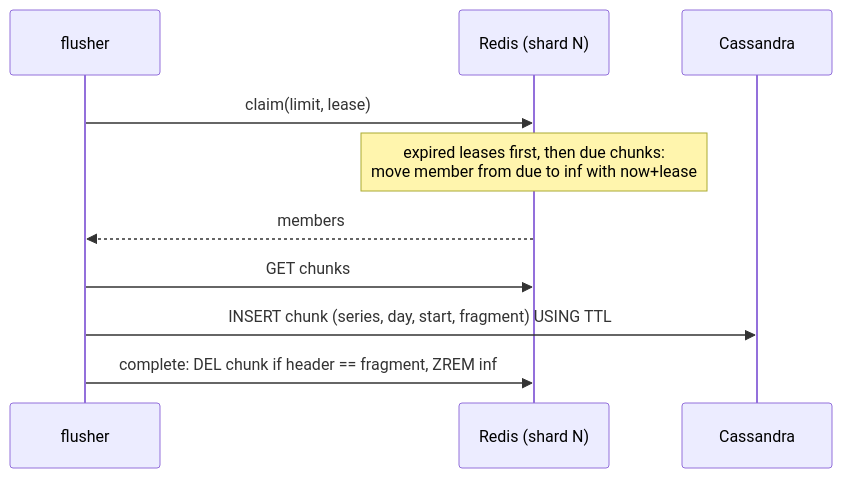
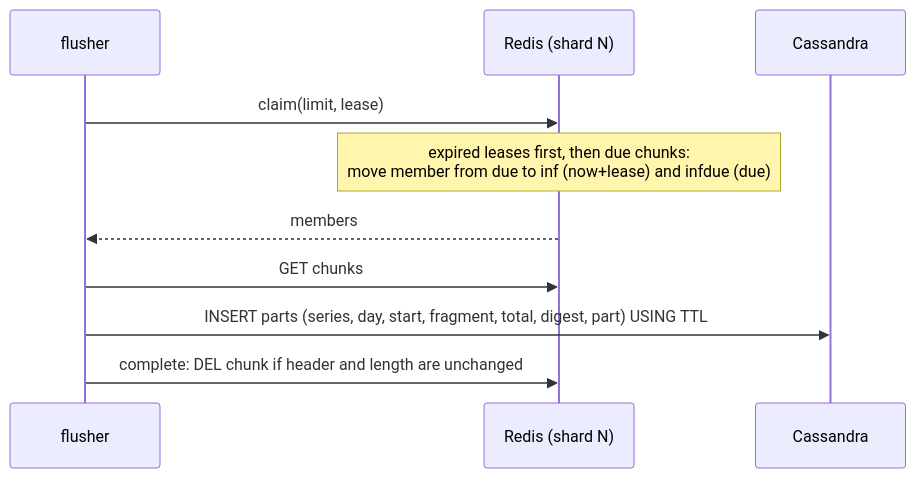
Before and after one commit to yuuki/xtsdb: the diagram in docs/architecture.md, drawn with Mermaid. The commit also changed other lines of this file and 29 other files, not shown here.

````diff
--- a/docs/architecture.md
+++ b/docs/architecture.md
@@ -82,12 +112,12 @@
 ```mermaid
 sequenceDiagram
     participant F as flusher
     participant R as Redis (shard N)
     participant C as Cassandra
     F->>R: claim(limit, lease)
-    Note over R: expired leases first, then due chunks:<br/>move member from due to inf with now+lease
+    Note over R: expired leases first, then due chunks:<br/>move member from due to inf (now+lease) and infdue (due)
     R-->>F: members
     F->>R: GET chunks
-    F->>C: INSERT chunk (series, day, start, fragment) USING TTL
-    F->>R: complete: DEL chunk if header == fragment, ZREM inf
+    F->>C: INSERT parts (series, day, start, fragment, total, digest, part) USING TTL
+    F->>R: complete: DEL chunk if header and length are unchanged
 ```
````
